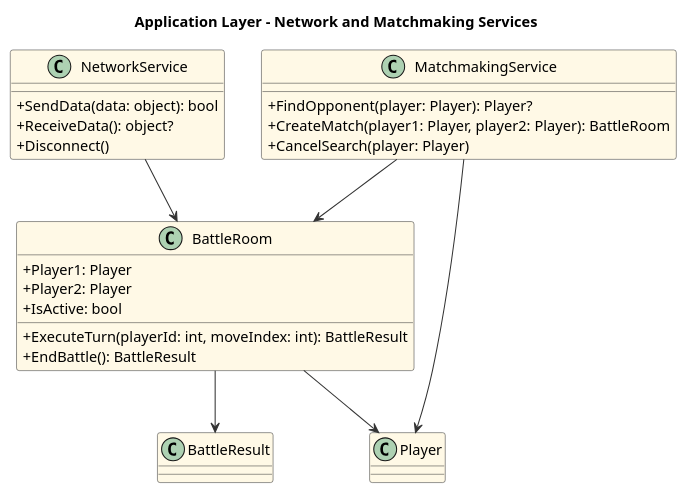
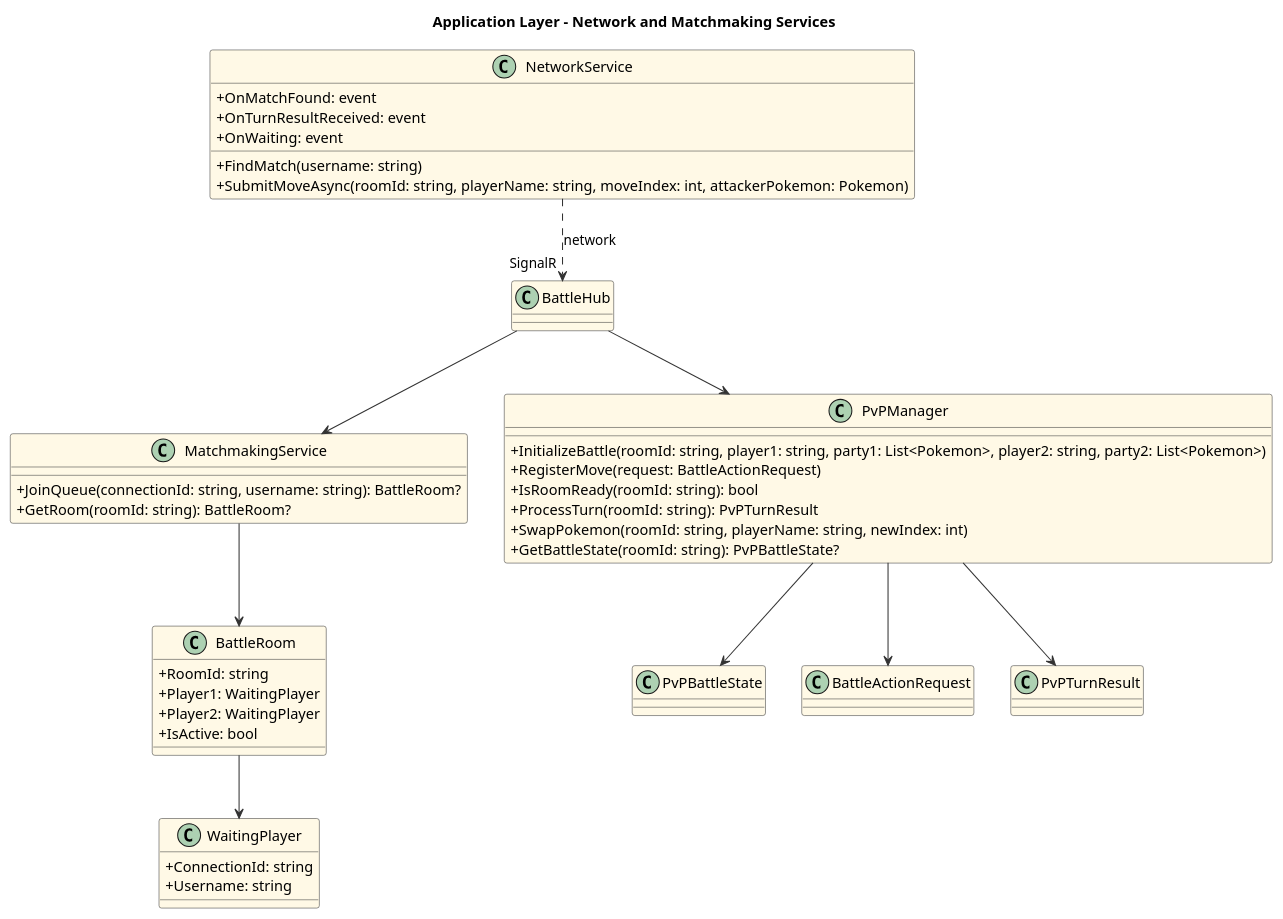
One commit to devKasumi/PokemonConsole changed the diagram in TurnBasedPokemon/Diagram/ClassDiagram/NetworkAndMatchmakingServices.puml. Above: the diagram before and after it, drawn with PlantUML. The commit also changed 20 other files, not shown here.

```diff
--- a/TurnBasedPokemon/Diagram/ClassDiagram/NetworkAndMatchmakingServices.puml
+++ b/TurnBasedPokemon/Diagram/ClassDiagram/NetworkAndMatchmakingServices.puml
@@ -1,39 +1,58 @@
 @startuml NetworkAndMatchmakingServices
 skinparam classAttributeIconSize 0
 skinparam direction top to bottom
 skinparam class {
   BackgroundColor #FFF9E6
   BorderColor #333333
   ArrowColor #333333
 }
 
 title Application Layer - Network and Matchmaking Services
 
+
 class NetworkService {
-  + SendData(data: object): bool
-  + ReceiveData(): object?
-  + Disconnect()
+  + FindMatch(username: string)
+  + SubmitMoveAsync(roomId: string, playerName: string, moveIndex: int, attackerPokemon: Pokemon)
+  + OnMatchFound: event
+  + OnTurnResultReceived: event
+  + OnWaiting: event
 }
 
 class MatchmakingService {
-  + FindOpponent(player: Player): Player?
-  + CreateMatch(player1: Player, player2: Player): BattleRoom
-  + CancelSearch(player: Player)
+  + JoinQueue(connectionId: string, username: string): BattleRoom?
+  + GetRoom(roomId: string): BattleRoom?
 }
 
 class BattleRoom {
-  + Player1: Player
-  + Player2: Player
+  + RoomId: string
+  + Player1: WaitingPlayer
+  + Player2: WaitingPlayer
   + IsActive: bool
-  + ExecuteTurn(playerId: int, moveIndex: int): BattleResult
-  + EndBattle(): BattleResult
 }
 
+class PvPManager {
+  + InitializeBattle(roomId: string, player1: string, party1: List<Pokemon>, player2: string, party2: List<Pokemon>)
+  + RegisterMove(request: BattleActionRequest)
+  + IsRoomReady(roomId: string): bool
+  + ProcessTurn(roomId: string): PvPTurnResult
+  + SwapPokemon(roomId: string, playerName: string, newIndex: int)
+  + GetBattleState(roomId: string): PvPBattleState?
+}
+
+class WaitingPlayer {
+  + ConnectionId: string
+  + Username: string
+}
+
+
 ' Relationships
-NetworkService --> BattleRoom
+NetworkService ..> "SignalR" BattleHub : network
+BattleHub --> MatchmakingService
+BattleHub --> PvPManager
 MatchmakingService --> BattleRoom
-MatchmakingService --> Player
-BattleRoom --> Player
-BattleRoom --> BattleResult
+BattleRoom --> WaitingPlayer
+PvPManager --> PvPBattleState
+PvPManager --> BattleActionRequest
+PvPManager --> PvPTurnResult
 
 @enduml</content>
```
